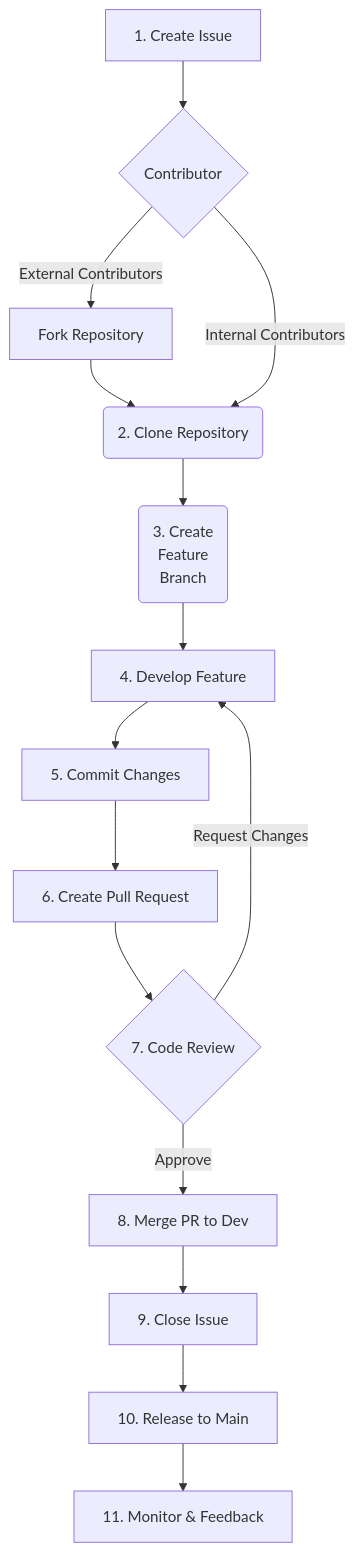
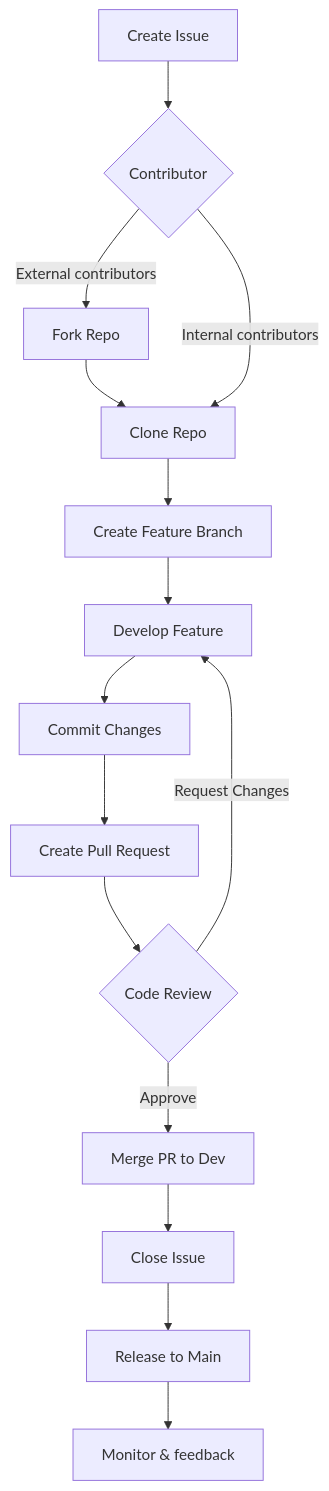
The diagram in CONTRIBUTING.md (tazama-lf/.github), drawn with Mermaid before and after one commit.

Commit message:
docs: Update CONTRIBUTING.md with missing changes

````diff
--- a/CONTRIBUTING.md
+++ b/CONTRIBUTING.md
@@ -444,17 +444,17 @@
 ```mermaid
 flowchart TB
-  A[1. Create Issue] -->B{Contributor}
-  B -->|External Contributors| C[Fork Repository]
-  C --> D
-  B -->|Internal Contributors| D(2. Clone Repository)
-  D -->E(3. Create<br>Feature<br>Branch)
-  E -->F[4. Develop Feature]
-  F -->G[5. Commit Changes]
-  G -->I[6. Create Pull Request]
-  I -->J{7. Code Review}
-  J -->|Request Changes| F
-  J -->|Approve| K[8. Merge PR to Dev]
-  K -->L[9. Close Issue]
-  L -->M[10. Release to Main]
-  M -->N[11. Monitor & Feedback]
+    A[Create Issue] --> B{Contributor}
+    B -->|External contributors| C[Fork Repo]
+    C --> D[Clone Repo]
+    B -->|Internal contributors| D
+    D --> E[Create Feature Branch]
+    E --> F[Develop Feature]
+    F --> G[Commit Changes]
+    G --> H[Create Pull Request]
+    H --> I{Code Review}
+    I -->|Request Changes| F
+    I -->|Approve| J[Merge PR to Dev]
+    J --> K[Close Issue]
+    K --> L[Release to Main]
+    L --> M[Monitor & feedback]
 ```
````
